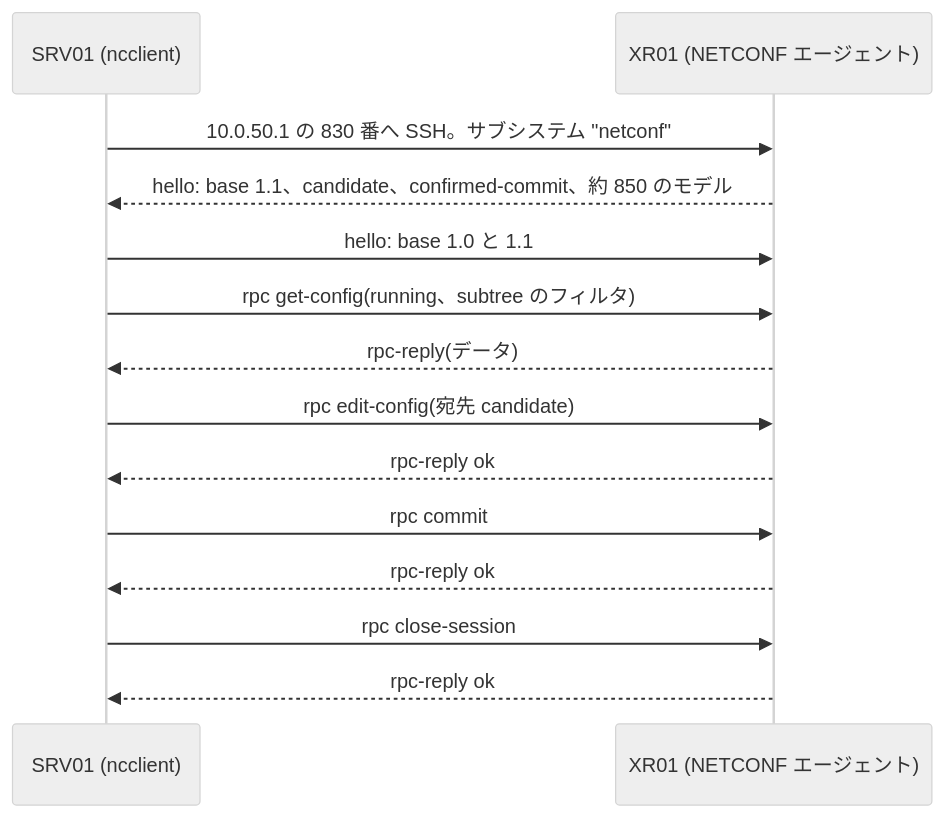
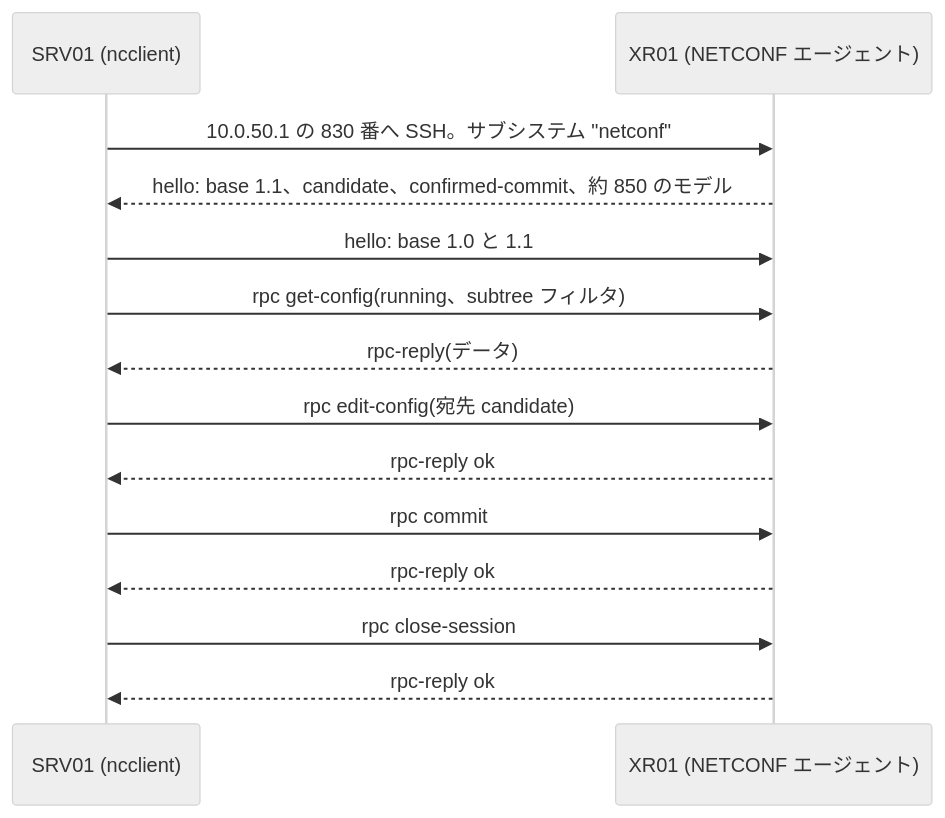
The diagram in courses/xr/ja/e0-m13-netconf-yang.md (suzugross/CCNP_LAB_FACTORY), drawn with Mermaid (neutral theme) before and after one commit. The commit also changed other lines of this file and 302 other files, not shown here.

````diff
--- a/courses/xr/ja/e0-m13-netconf-yang.md
+++ b/courses/xr/ja/e0-m13-netconf-yang.md
@@ -159,16 +159,16 @@
 ```mermaid
 sequenceDiagram
   participant S as SRV01 (ncclient)
   participant X as XR01 (NETCONF エージェント)
   S->>X: 10.0.50.1 の 830 番へ SSH。サブシステム "netconf"
   X-->>S: hello: base 1.1、candidate、confirmed-commit、約 850 のモデル
   S->>X: hello: base 1.0 と 1.1
-  S->>X: rpc get-config(running、subtree のフィルタ)
+  S->>X: rpc get-config(running、subtree フィルタ)
   X-->>S: rpc-reply(データ)
   S->>X: rpc edit-config(宛先 candidate)
   X-->>S: rpc-reply ok
   S->>X: rpc commit
   X-->>S: rpc-reply ok
   S->>X: rpc close-session
   X-->>S: rpc-reply ok
 ```
````
